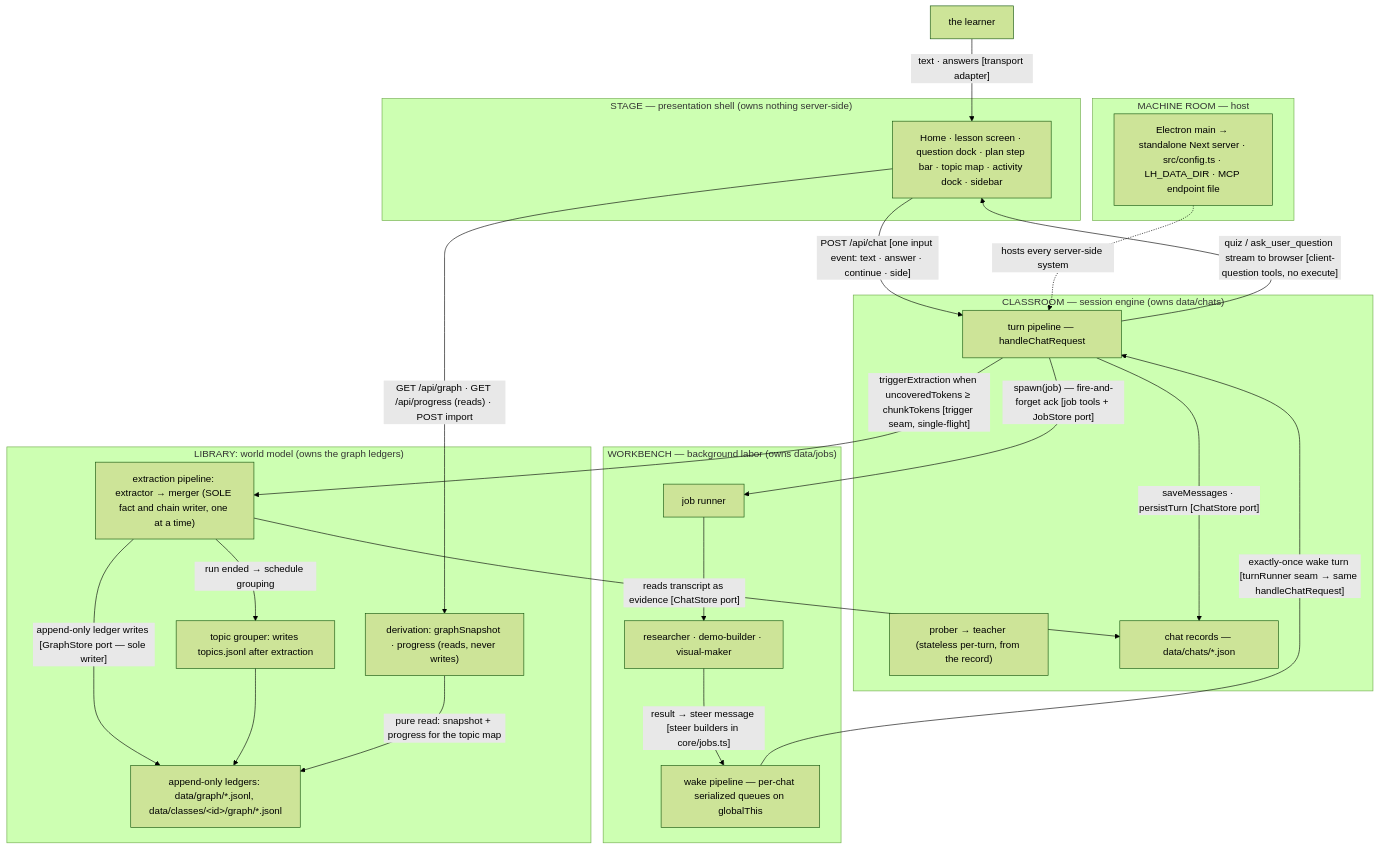
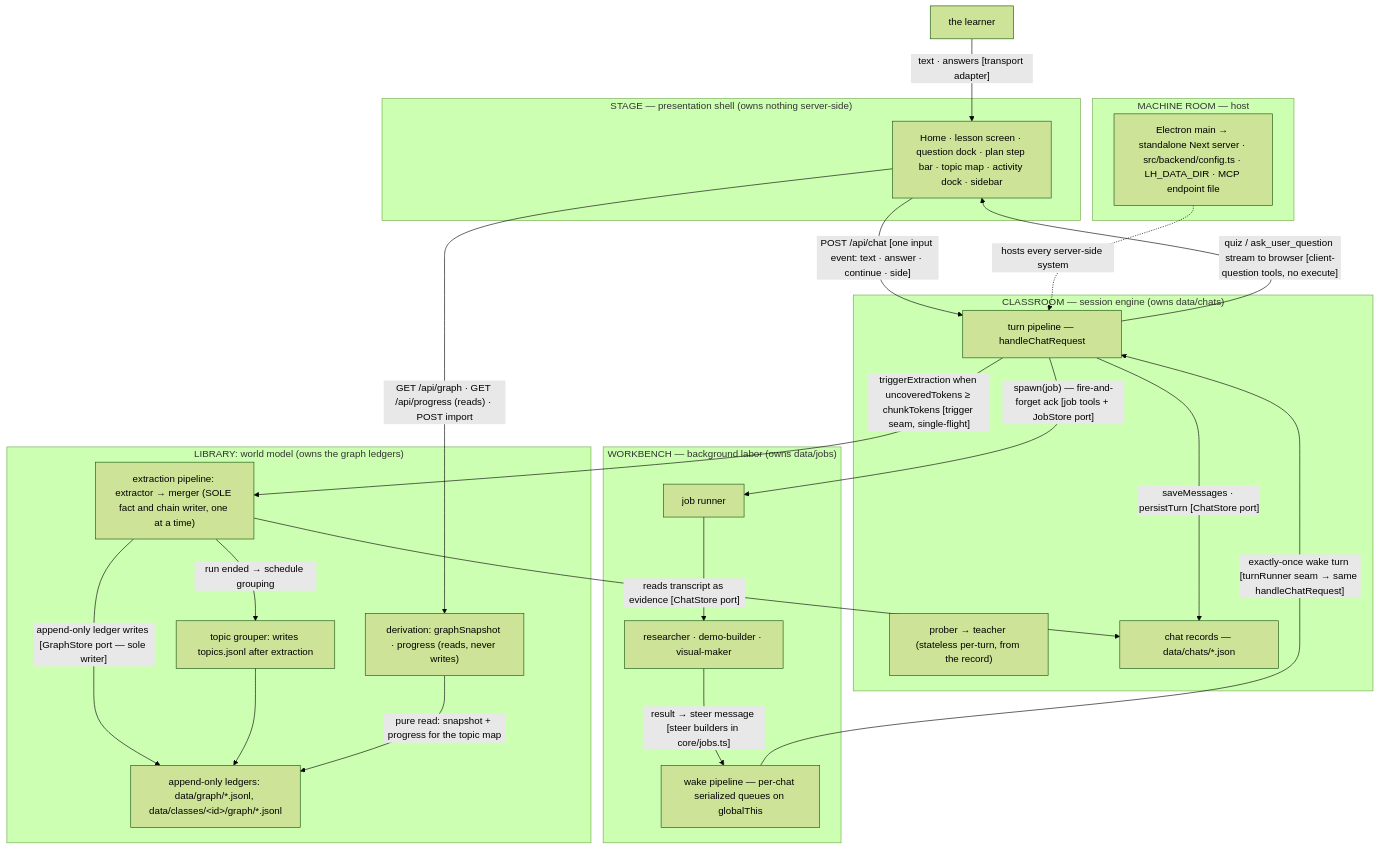
The third of 7 diagrams in docs/architecture.md (bayshores/godspeed), drawn with Mermaid (forest theme) before and after one commit. The commit also changed other lines of this file and 1345 other files, not shown here.

Commit message:
tidy: split src into frontend/, backend/ and shared/ (src/app and proxy.ts stay where Next.js needs them), split tests the same way plus tests/desktop, and update every import, config and doc path; drop docs/archive, docs/vision.md and the unused banner SVGs

````diff
--- a/docs/architecture.md
+++ b/docs/architecture.md
@@ -216,48 +215,48 @@
 ```mermaid
 flowchart TB
     LEARNER["the learner"]
 
     subgraph STAGE["STAGE — presentation shell (owns nothing server-side)"]
         UI["Home · lesson screen · question dock · plan step bar · topic map · activity dock · sidebar"]
     end
 
     subgraph CLASSROOM["CLASSROOM — session engine (owns data/chats)"]
         TURN["turn pipeline — handleChatRequest"]
         AGENTS["prober → teacher (stateless per-turn, from the record)"]
         CHATDATA["chat records — data/chats/*.json"]
     end
 
     subgraph WORKBENCH["WORKBENCH — background labor (owns data/jobs)"]
         JOBRUN["job runner"]
         SUBAGENTS["researcher · demo-builder · visual-maker"]
         WAKE["wake pipeline — per-chat serialized queues on globalThis"]
     end
 
     subgraph LIBRARY["LIBRARY: world model (owns the graph ledgers)"]
         EXTRACT["extraction pipeline: extractor → merger (SOLE fact and chain writer, one at a time)"]
         TOPICS["topic grouper: writes topics.jsonl after extraction"]
         DERIVE["derivation: graphSnapshot · progress (reads, never writes)"]
         GRAPHDATA["append-only ledgers: data/graph/*.jsonl, data/classes/&lt;id&gt;/graph/*.jsonl"]
     end
 
     subgraph ROOM["MACHINE ROOM — host"]
-        HOST["Electron main → standalone Next server · src/config.ts · LH_DATA_DIR · MCP endpoint file"]
+        HOST["Electron main → standalone Next server · src/backend/config.ts · LH_DATA_DIR · MCP endpoint file"]
     end
 
     LEARNER -->|"text · answers [transport adapter]"| UI
     UI -->|"POST /api/chat [one input event: text · answer · continue · side]"| TURN
     TURN -->|"quiz / ask_user_question stream to browser [client-question tools, no execute]"| UI
     TURN -->|"saveMessages · persistTurn [ChatStore port]"| CHATDATA
     TURN -->|"spawn(job) — fire-and-forget ack [job tools + JobStore port]"| JOBRUN
     JOBRUN --> SUBAGENTS
     SUBAGENTS -->|"result → steer message [steer builders in core/jobs.ts]"| WAKE
     WAKE -->|"exactly-once wake turn [turnRunner seam → same handleChatRequest]"| TURN
     TURN -->|"triggerExtraction when uncoveredTokens ≥ chunkTokens [trigger seam, single-flight]"| EXTRACT
     EXTRACT -->|"reads transcript as evidence [ChatStore port]"| CHATDATA
     EXTRACT -->|"append-only ledger writes [GraphStore port — sole writer]"| GRAPHDATA
     EXTRACT -->|"run ended → schedule grouping"| TOPICS
     TOPICS --> GRAPHDATA
     DERIVE -->|"pure read: snapshot + progress for the topic map"| GRAPHDATA
     UI -->|"GET /api/graph · GET /api/progress (reads) · POST import"| DERIVE
     HOST -.->|"hosts every server-side system"| TURN
 ```
````
